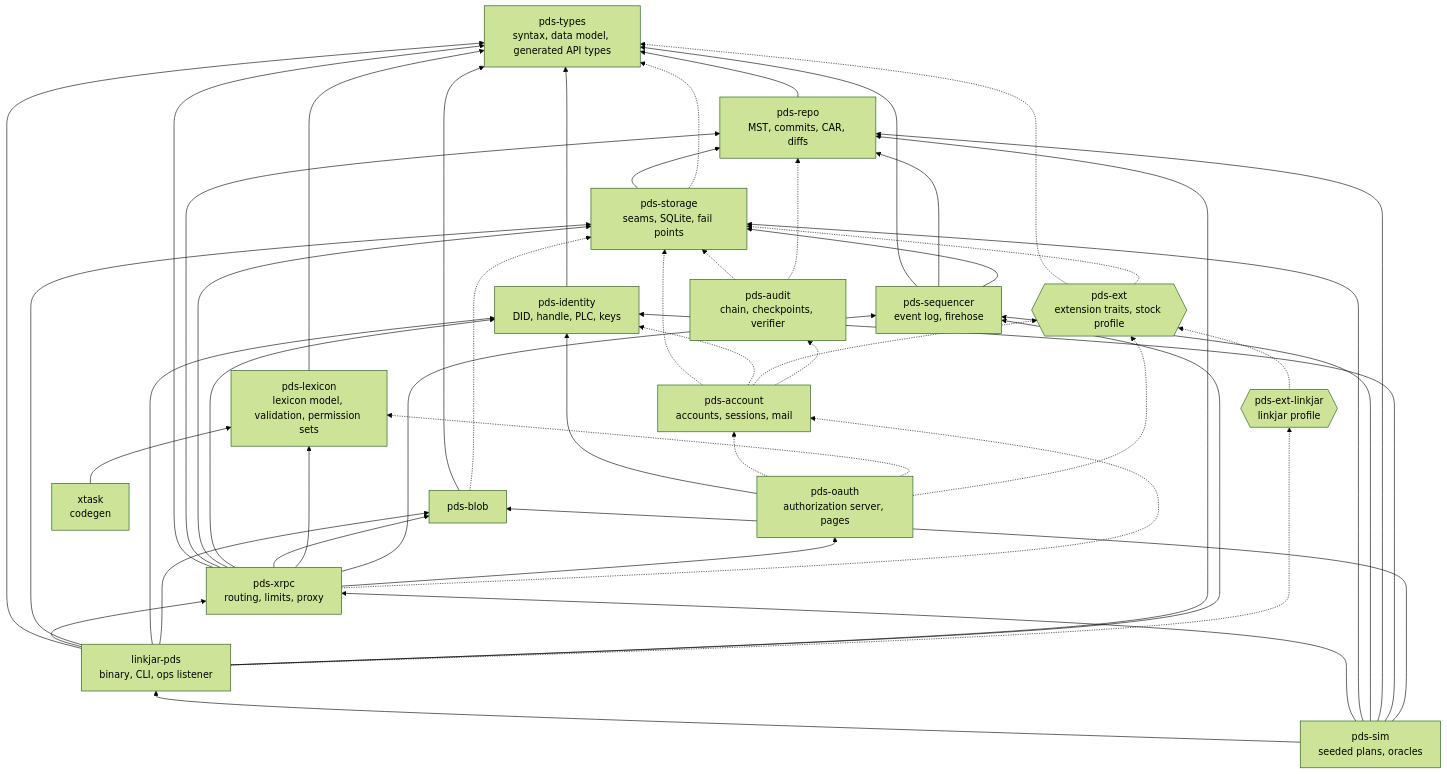
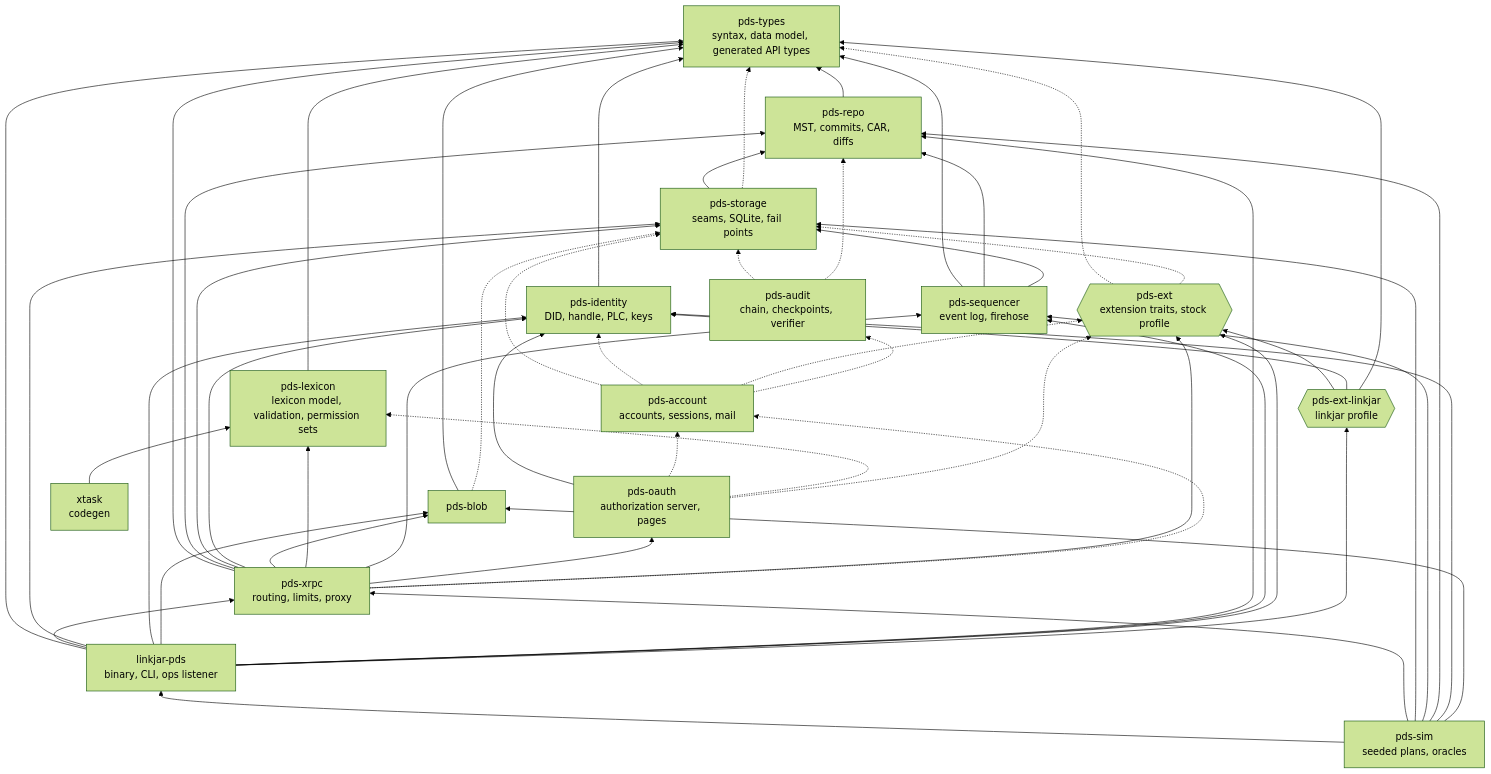
The diagram in docs/architecture/diagrams/03-crates.mmd (linkjar/pds), drawn with Mermaid (forest theme) before and after one commit. The commit also changed 8 other files, not shown here.

```diff
--- a/docs/architecture/diagrams/03-crates.mmd
+++ b/docs/architecture/diagrams/03-crates.mmd
@@ -1,37 +1,36 @@
 flowchart BT
   types[pds-types<br/>syntax, data model, generated API types]
   lexicon[pds-lexicon<br/>lexicon model, validation, permission sets]
   repo[pds-repo<br/>MST, commits, CAR, diffs]
   storage[pds-storage<br/>seams, SQLite, fail points]
   blob[pds-blob]
   identity[pds-identity<br/>DID, handle, PLC, keys]
   sequencer[pds-sequencer<br/>event log, firehose]
   account[pds-account<br/>accounts, sessions, mail]
   oauth[pds-oauth<br/>authorization server, pages]
   audit[pds-audit<br/>chain, checkpoints, verifier]
   xrpc[pds-xrpc<br/>routing, limits, proxy]
   ext{{pds-ext<br/>extension traits, stock profile}}
   linkjar{{pds-ext-linkjar<br/>linkjar profile}}
   sim[pds-sim<br/>seeded plans, oracles]
   bin[linkjar-pds<br/>binary, CLI, ops listener]
   xtask[xtask<br/>codegen]
   lexicon --> types
   repo --> types
   storage --> repo
   storage -.-> types
   blob --> types
   blob -.-> storage
   identity --> types
   sequencer --> types & repo & storage
   account -.-> storage & identity & ext & audit
   oauth --> identity
   oauth -.-> account & lexicon & ext
   audit -.-> storage & repo
-  xrpc --> types & repo & storage & identity & blob & lexicon & sequencer & oauth
+  xrpc --> types & repo & storage & identity & blob & lexicon & sequencer & oauth & ext
   xrpc -.-> account
   ext -.-> types & storage
-  linkjar -.-> ext
+  linkjar --> ext & identity & types
   sim --> bin & xrpc & storage & sequencer & repo & identity & blob
-  bin --> types & xrpc & storage & identity & blob & repo & sequencer
-  bin -.-> linkjar
+  bin --> types & xrpc & storage & identity & blob & repo & sequencer & ext & linkjar
   xtask --> lexicon
```
